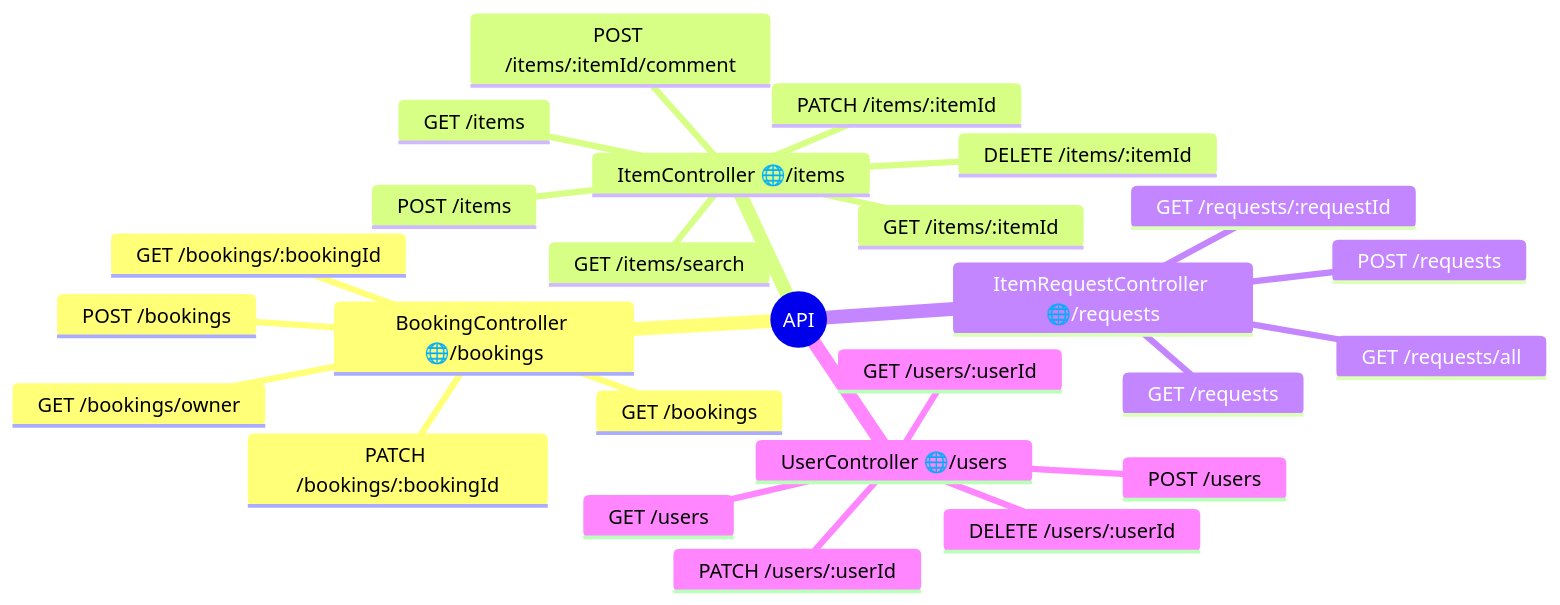
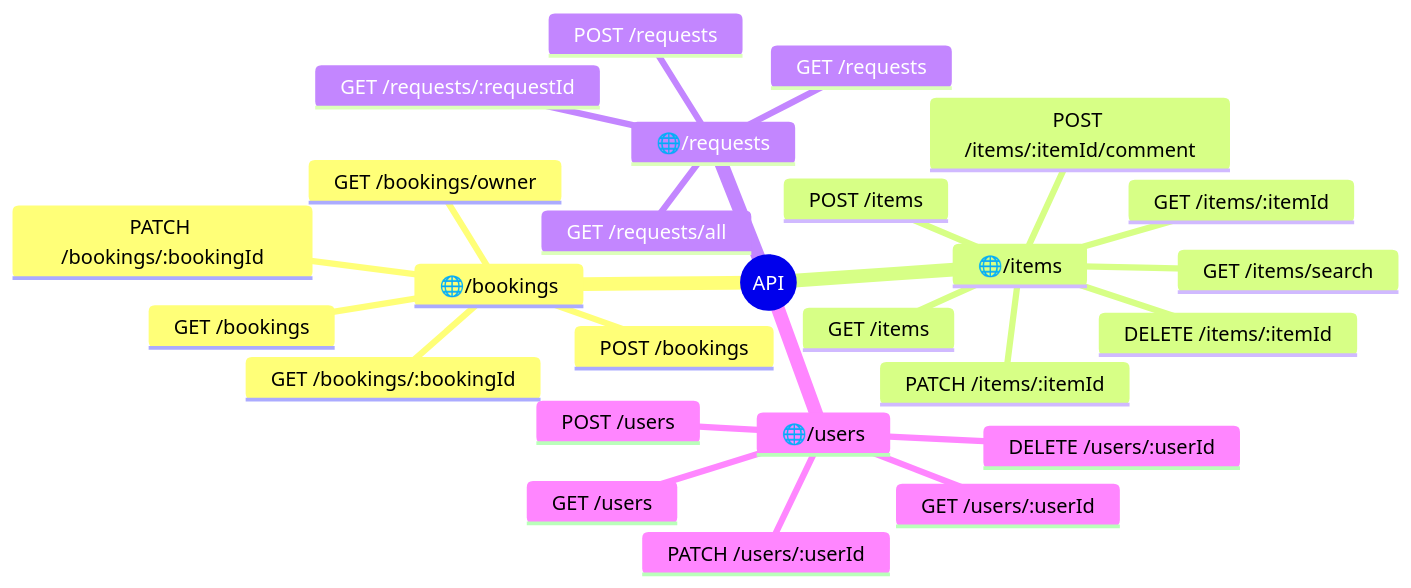
Before and after one commit to AleksOBM/java-shareit: the diagram in README.md, drawn with Mermaid.

Commit message:
Доработка README.md

````diff
--- a/README.md
+++ b/README.md
@@ -33,29 +33,29 @@
 ```mermaid
 mindmap
   root((API))
-    BookingController 🌐/bookings
+    🌐/bookings
       GET /bookings/:bookingId
       GET /bookings
       GET /bookings/owner
       PATCH /bookings/:bookingId
       POST /bookings
-    ItemController 🌐/items
+    🌐/items
       GET /items/:itemId
       GET /items
       GET /items/search
       POST /items
       POST /items/:itemId/comment
       PATCH /items/:itemId
       DELETE /items/:itemId
-    ItemRequestController 🌐/requests
+    🌐/requests
       GET /requests
       GET /requests/all
       GET /requests/:requestId
       POST /requests
-    UserController 🌐/users
+    🌐/users
       GET /users/:userId
       GET /users
       POST /users
       PATCH /users/:userId
       DELETE /users/:userId
 ```
````
